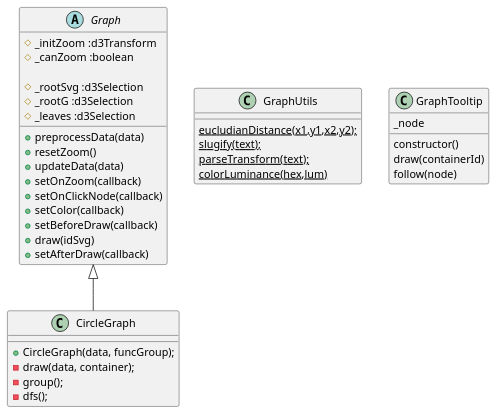
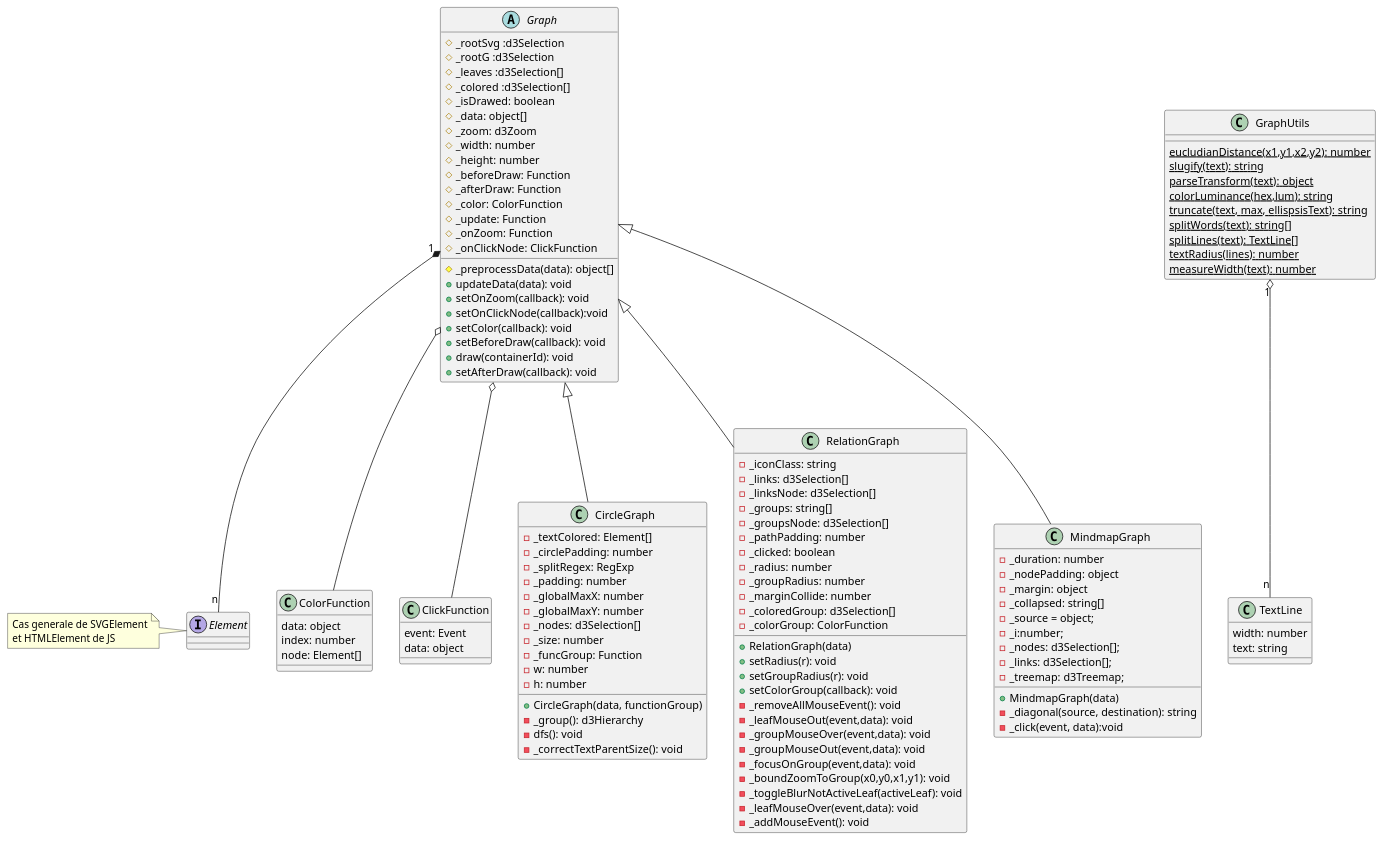
One commit to rajaomariajaona/communecter-local changed the diagram in graph.puml. Above: the diagram before and after it, drawn with PlantUML.

Commit message:
sync uml with code

```diff
--- a/graph.puml
+++ b/graph.puml
@@ -1,43 +1,131 @@
 @startuml
 
+    class ColorFunction{
+        data: object
+        index: number
+        node: Element[]
+    }
+
+    class ClickFunction{
+        event: Event
+        data: object
+    }
+
+    class TextLine{
+        width: number
+        text: string
+    }
+
+    interface Element
+    note left: Cas generale de SVGElement\net HTMLElement de JS
+
     abstract class Graph{
-        # _initZoom :d3Transform
-        # _canZoom :boolean
-
         # _rootSvg :d3Selection
         # _rootG :d3Selection
-        # _leaves :d3Selection
+        # _leaves :d3Selection[]
+        # _colored :d3Selection[]
+        # _isDrawed: boolean
+        # _data: object[]
+        # _zoom: d3Zoom
+        # _width: number
+        # _height: number
+        # _beforeDraw: Function
+        # _afterDraw: Function
+        # _color: ColorFunction
+        # _update: Function
+        # _onZoom: Function
+        # _onClickNode: ClickFunction
 
-        + preprocessData(data)
-        + resetZoom()
-        + updateData(data)
-        + setOnZoom(callback)
-        + setOnClickNode(callback)
-        + setColor(callback) 
-        + setBeforeDraw(callback)
-        + draw(idSvg)
-        + setAfterDraw(callback)
+        # _preprocessData(data): object[]
+        + updateData(data): void
+        + setOnZoom(callback): void
+        + setOnClickNode(callback):void
+        + setColor(callback): void
+        + setBeforeDraw(callback): void
+        + draw(containerId): void
+        + setAfterDraw(callback): void
     }
 
     class GraphUtils{
-        {static} eucludianDistance(x1,y1,x2,y2);
-        {static} slugify(text);
-        {static} parseTransform(text);
-        {static} colorLuminance(hex,lum)
+        {static} eucludianDistance(x1,y1,x2,y2): number
+        {static} slugify(text): string
+        {static} parseTransform(text): object
+        {static} colorLuminance(hex,lum): string
+        {static} truncate(text, max, ellispsisText): string
+        {static} splitWords(text): string[]
+        {static} splitLines(text): TextLine[]
+        {static} textRadius(lines): number
+        {static} measureWidth(text): number
     }
 
-    class GraphTooltip{
-        _node
-        constructor()
-        draw(containerId)
-        follow(node)
+    class CircleGraph extends Graph{
+        - _textColored: Element[]
+        - _circlePadding: number
+        - _splitRegex: RegExp
+        - _padding: number
+        - _globalMaxX: number
+        - _globalMaxY: number
+        - _nodes: d3Selection[]
+        - _size: number
+        - _funcGroup: Function
+        - w: number
+        - h: number
+        + CircleGraph(data, functionGroup)
+        - _group(): d3Hierarchy
+        - dfs(): void
+        - _correctTextParentSize(): void
+    }
+
+    class RelationGraph extends Graph{
+        - _iconClass: string
+        - _links: d3Selection[]
+        - _linksNode: d3Selection[]
+        - _groups: string[]
+        - _groupsNode: d3Selection[]
+        - _pathPadding: number
+        - _clicked: boolean
+        - _radius: number
+        - _groupRadius: number
+        - _marginCollide: number
+        - _coloredGroup: d3Selection[]
+        - _colorGroup: ColorFunction
+
+        + RelationGraph(data)
+        + setRadius(r): void
+        + setGroupRadius(r): void
+        + setColorGroup(callback): void
+        - _removeAllMouseEvent(): void
+        - _leafMouseOut(event,data): void
+        - _groupMouseOver(event,data): void
+        - _groupMouseOut(event,data): void
+        - _focusOnGroup(event,data): void
+        - _boundZoomToGroup(x0,y0,x1,y1): void
+        - _toggleBlurNotActiveLeaf(activeLeaf): void
+        - _leafMouseOver(event,data): void
+        - _addMouseEvent(): void
+    }
+
+
+    class MindmapGraph extends Graph{
+        - _duration: number
+        - _nodePadding: object
+        - _margin: object
+        - _collapsed: string[]
+        - _source = object;
+        - _i:number;
+        - _nodes: d3Selection[];
+        - _links: d3Selection[];
+        - _treemap: d3Treemap;
+
+        + MindmapGraph(data)
+        - _diagonal(source, destination): string
+        - _click(event, data):void
 
     }
 
-    class CircleGraph extends Graph{
-        + CircleGraph(data, funcGroup);
-        - draw(data, container);
-        - group();
-        - dfs();
-    }
+    GraphUtils "1" o-- "n" TextLine
+
+    Graph o-- ColorFunction
+    Graph o-- ClickFunction
+    Graph "1" *-- "n" Element
 @enduml
```
